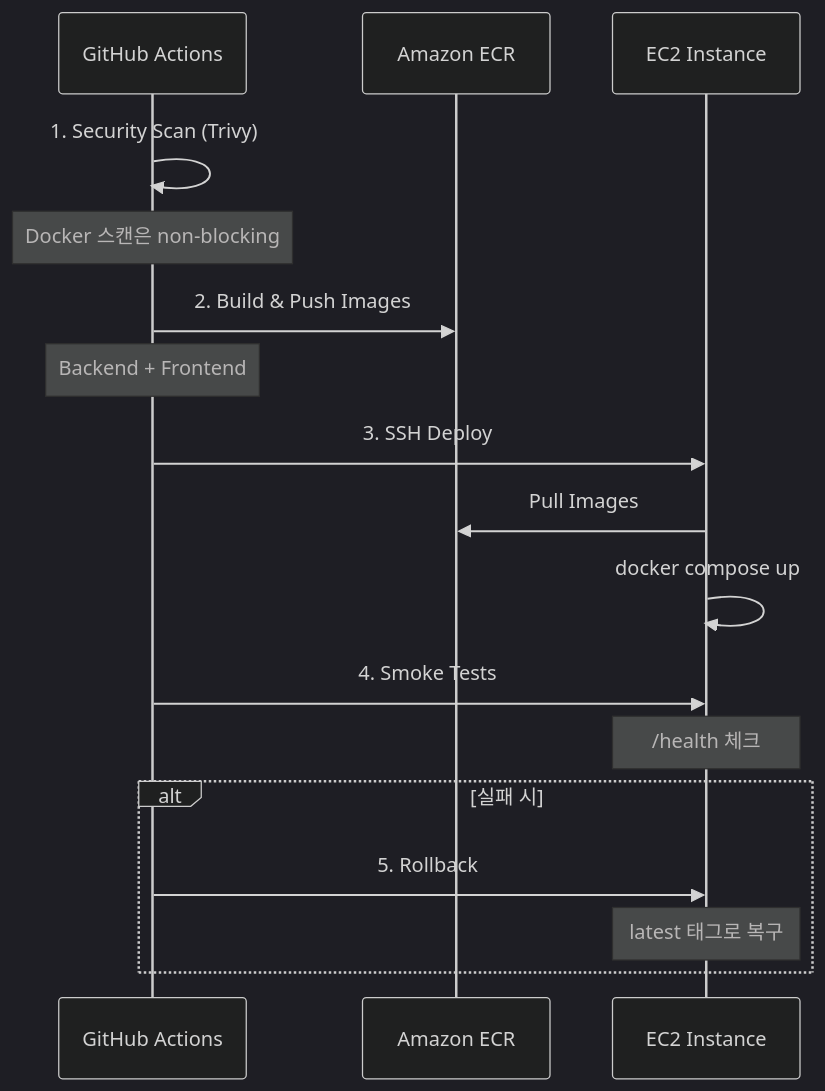
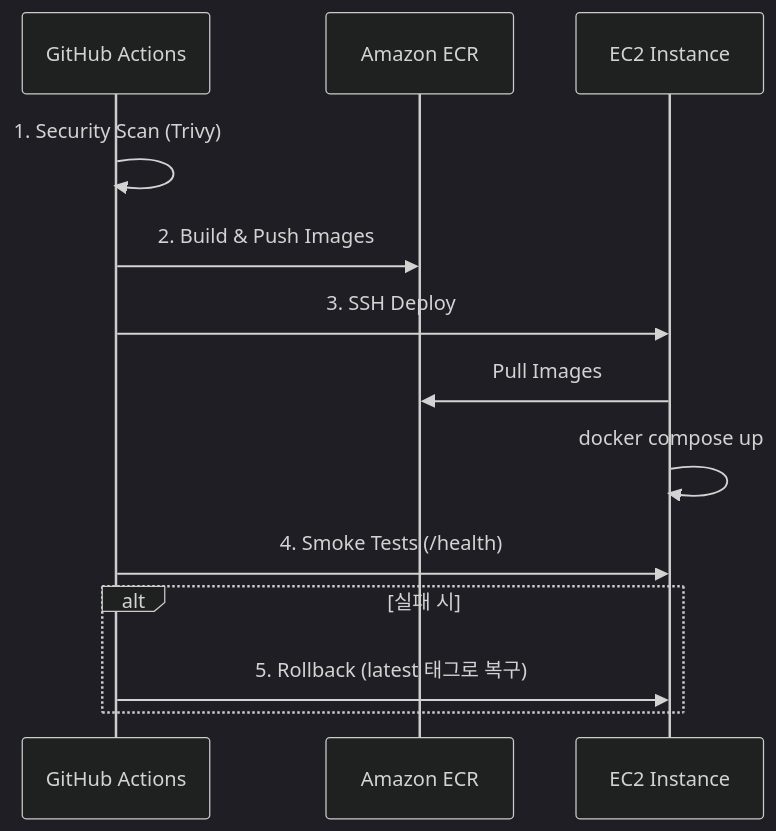
The second of 2 diagrams in docs/deployment.md (Sogang-Computer-Club/sogangcomputerclub.org), drawn with Mermaid (dark theme) before and after one commit. The commit also changed other lines of this file and 5 other files, not shown here.

````diff
--- a/docs/deployment.md
+++ b/docs/deployment.md
@@ -85,24 +54,15 @@
 ```mermaid
 sequenceDiagram
     participant GH as GitHub Actions
     participant ECR as Amazon ECR
     participant EC2 as EC2 Instance
-
     GH->>GH: 1. Security Scan (Trivy)
-    Note over GH: Docker 스캔은 non-blocking
-
     GH->>ECR: 2. Build & Push Images
-    Note over GH: Backend + Frontend
-
     GH->>EC2: 3. SSH Deploy
     EC2->>ECR: Pull Images
     EC2->>EC2: docker compose up
-
-    GH->>EC2: 4. Smoke Tests
-    Note over EC2: /health 체크
-
+    GH->>EC2: 4. Smoke Tests (/health)
     alt 실패 시
-        GH->>EC2: 5. Rollback
-        Note over EC2: latest 태그로 복구
+        GH->>EC2: 5. Rollback (latest 태그로 복구)
     end
 ```
````
